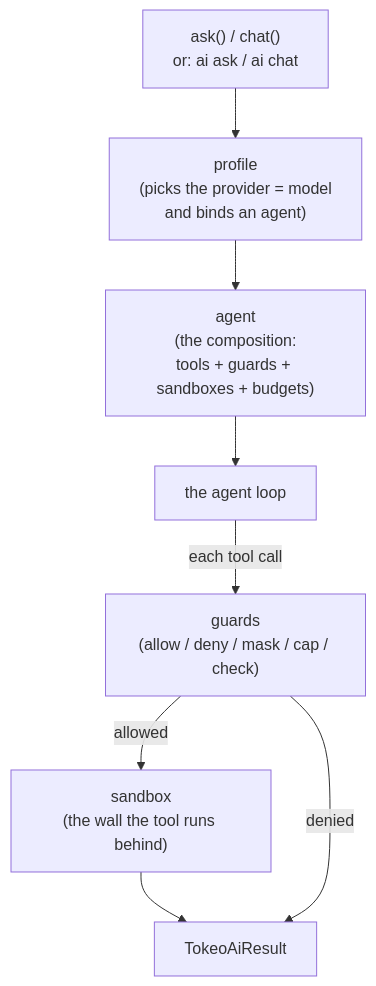
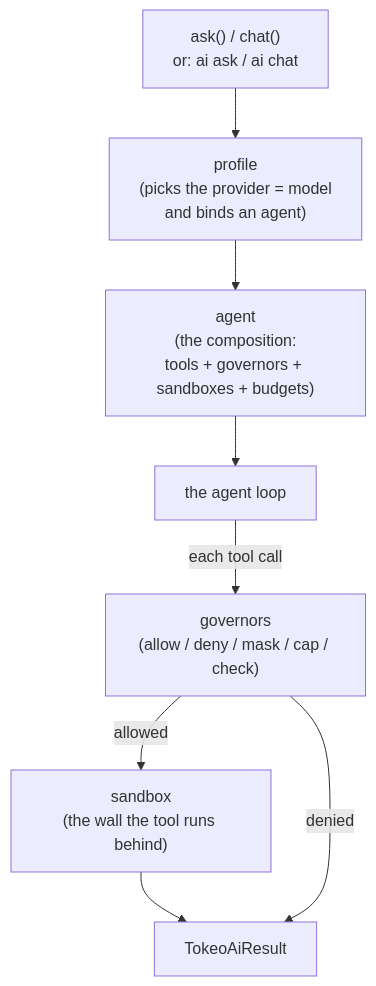
The first of 3 diagrams in tokeo/core/ai/config/CONFIG.md (tokeo/fundi), drawn with Mermaid before and after one commit. The commit also changed other lines of this file and 33 other files, not shown here.

````diff
--- a/tokeo/core/ai/config/CONFIG.md
+++ b/tokeo/core/ai/config/CONFIG.md
@@ -40,11 +43,11 @@
 ```mermaid
 flowchart TD
     Call["ask() / chat()<br/>or: ai ask / ai chat"] --> Profile
     Profile["profile<br/>(picks the provider = model<br/>and binds an agent)"] --> Agent
-    Agent["agent<br/>(the composition:<br/>tools + guards + sandboxes + budgets)"] --> Loop
+    Agent["agent<br/>(the composition:<br/>tools + governors + sandboxes + budgets)"] --> Loop
     Loop["the agent loop"] -->|each tool call| Guards
-    Guards["guards<br/>(allow / deny / mask / cap / check)"] -->|allowed| Sandbox
+    Guards["governors<br/>(allow / deny / mask / cap / check)"] -->|allowed| Sandbox
     Sandbox["sandbox<br/>(the wall the tool runs behind)"] --> Result
     Guards -->|denied| Result
     Result["TokeoAiResult"]
 ```
````
